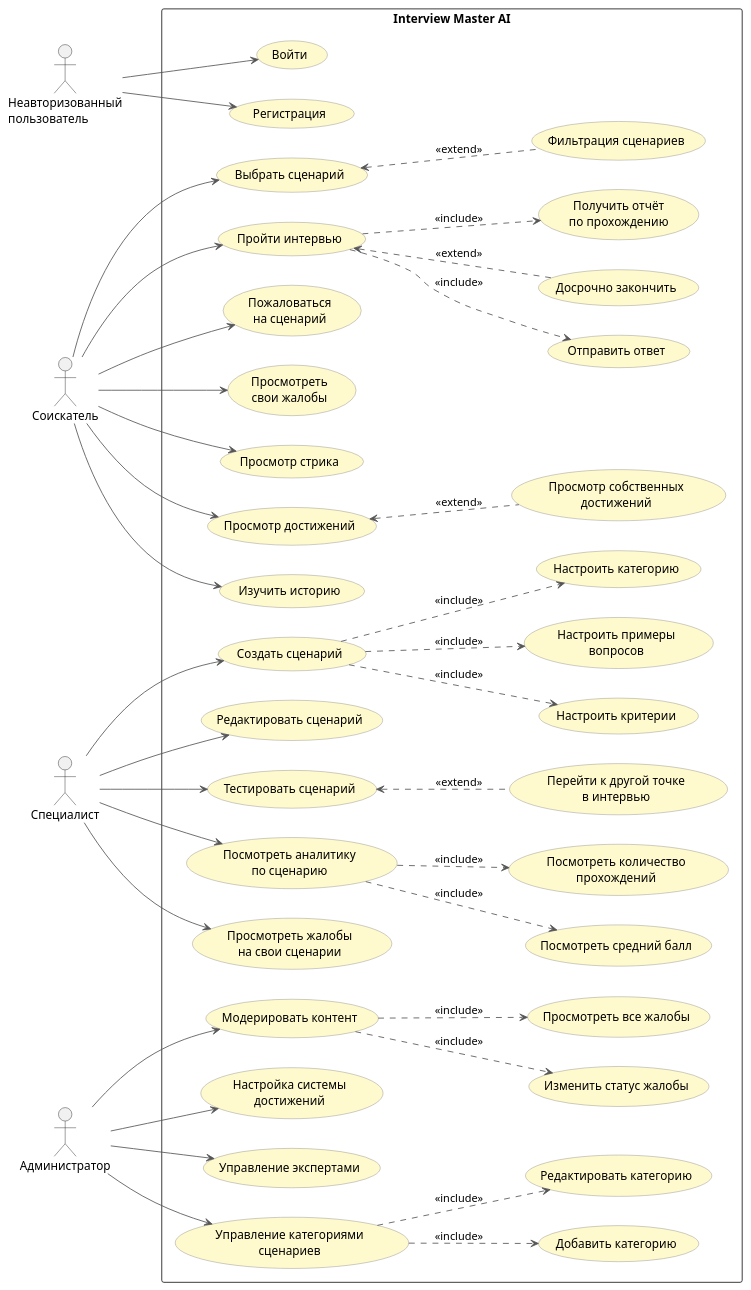
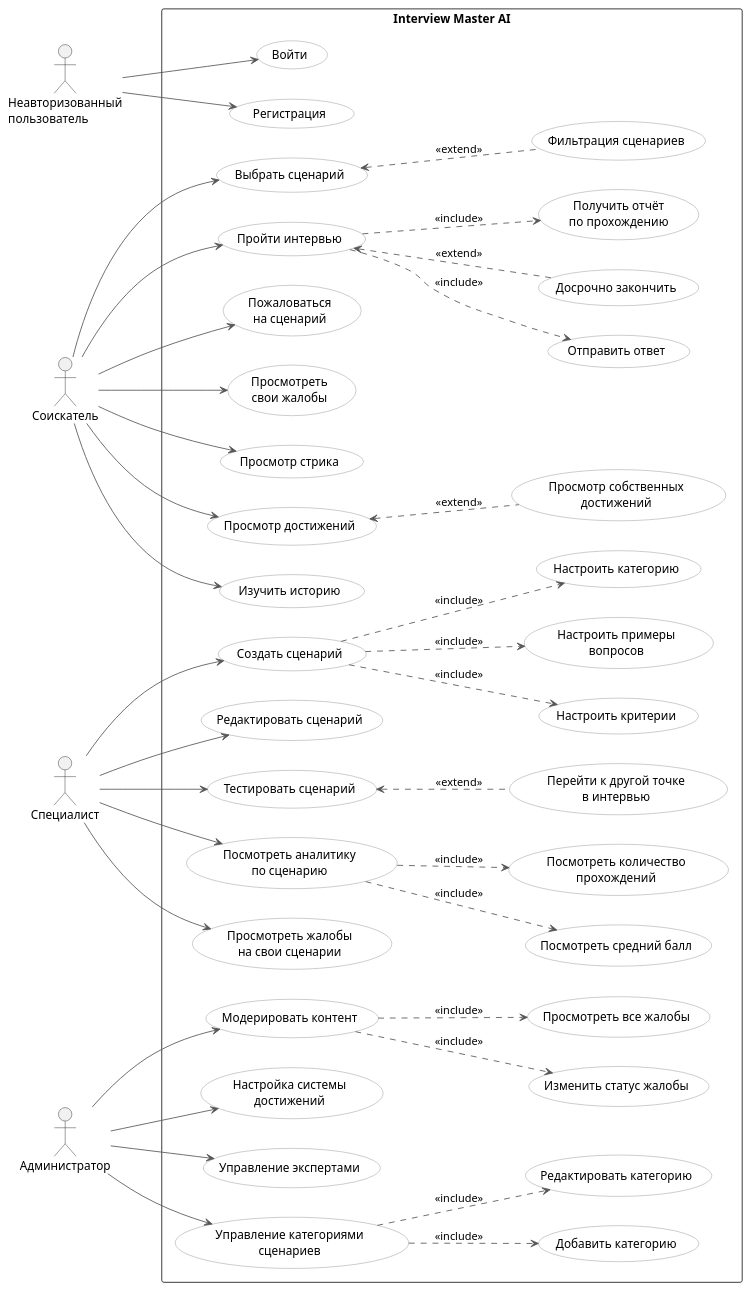
Before and after one commit to nifle3/diplom_work: the diagram in docs/useCase/useCase.puml, drawn with PlantUML. The commit also changed 11 other files, not shown here.

```diff
--- a/docs/useCase/useCase.puml
+++ b/docs/useCase/useCase.puml
@@ -1,125 +1,114 @@
 @startuml InterviewMasterAI_UseCase
 
 left to right direction
 skinparam packageStyle rectangle
 skinparam usecase {
-  BackgroundColor #FFFACD
+  BackgroundColor white
   BorderColor #888888
   ArrowColor #555555
   ActorBorderColor #333333
   ActorBackgroundColor #DDEEFF
 }
 
-' ── Левая сторона ─────────────────────────────────────────────────────
 actor "Неавторизованный\nпользователь" as Guest
 actor "Соискатель" as Applicant
+actor "Специалист" as Expert
+actor "Администратор" as Admin
 
 rectangle "Interview Master AI" {
 
-  ' ── Неавторизованный пользователь ────────────────────────────────────
   usecase "Войти" as UC_Login
   usecase "Регистрация" as UC_Register
 
-  ' ── Соискатель ────────────────────────────────────────────────────────
   usecase "Выбрать сценарий" as UC_ChooseScript
   usecase "Фильтрация сценариев" as UC_FilterScripts
 
   usecase "Пройти интервью" as UC_TakeInterview
   usecase "Отправить ответ" as UC_SendAnswer
   usecase "Досрочно закончить" as UC_EarlyFinish
   usecase "Получить отчёт\nпо прохождению" as UC_GetReport
 
   usecase "Пожаловаться\nна сценарий" as UC_CreateReport
   usecase "Просмотреть\nсвои жалобы" as UC_MyReports
 
   usecase "Просмотр стрика" as UC_Streak
   usecase "Просмотр достижений" as UC_Achievements
   usecase "Просмотр собственных\nдостижений" as UC_OwnAchievements
 
   usecase "Изучить историю" as UC_History
 
-  ' ── Специалист ────────────────────────────────────────────────────────
   usecase "Создать сценарий" as UC_CreateScript
   usecase "Настроить критерии" as UC_SetCriteria
   usecase "Настроить примеры\nвопросов" as UC_SetQuestions
   usecase "Настроить категорию" as UC_SetCategory
 
   usecase "Редактировать сценарий" as UC_EditScript
 
   usecase "Тестировать сценарий" as UC_TestScript
   usecase "Перейти к другой точке\nв интервью" as UC_JumpToPoint
 
   usecase "Посмотреть аналитику\nпо сценарию" as UC_Analytics
   usecase "Посмотреть средний балл" as UC_AvgScore
   usecase "Посмотреть количество\nпрохождений" as UC_PassCount
 
   usecase "Просмотреть жалобы\nна свои сценарии" as UC_ExpertReports
 
-  ' ── Администратор ─────────────────────────────────────────────────────
   usecase "Модерировать контент" as UC_Moderate
   usecase "Изменить статус жалобы" as UC_ChangeReportStatus
   usecase "Просмотреть все жалобы" as UC_AdminReports
 
   usecase "Настройка системы\nдостижений" as UC_AchievementsAdmin
   usecase "Управление экспертами" as UC_ManageExperts
 
   usecase "Управление категориями\nсценариев" as UC_ManageCategories
   usecase "Добавить категорию" as UC_AddCategory
   usecase "Редактировать категорию" as UC_EditCategory
 }
 
-' ── Правая сторона ────────────────────────────────────────────────────
-actor "Специалист" as Expert
-actor "Администратор" as Admin
-
-' ── Связи: Неавторизованный пользователь ──────────────────────────────
 Guest --> UC_Login
 Guest --> UC_Register
 
-' ── Связи: Соискатель ─────────────────────────────────────────────────
 Applicant --> UC_ChooseScript
 UC_ChooseScript <.. UC_FilterScripts : <<extend>>
 
 Applicant --> UC_TakeInterview
 UC_TakeInterview ..> UC_SendAnswer    : <<include>>
 UC_TakeInterview <.. UC_EarlyFinish   : <<extend>>
 UC_TakeInterview ..> UC_GetReport     : <<include>>
 
 Applicant --> UC_CreateReport
 Applicant --> UC_MyReports
 
 Applicant --> UC_Streak
 Applicant --> UC_Achievements
 UC_Achievements <.. UC_OwnAchievements : <<extend>>
 
 Applicant --> UC_History
 
-' ── Связи: Специалист ─────────────────────────────────────────────────
 Expert --> UC_CreateScript
 UC_CreateScript ..> UC_SetCriteria   : <<include>>
 UC_CreateScript ..> UC_SetQuestions  : <<include>>
 UC_CreateScript ..> UC_SetCategory   : <<include>>
 
 Expert --> UC_EditScript
 
 Expert --> UC_TestScript
 UC_TestScript <.. UC_JumpToPoint : <<extend>>
 
 Expert --> UC_Analytics
 UC_Analytics ..> UC_AvgScore    : <<include>>
 UC_Analytics ..> UC_PassCount   : <<include>>
 
 Expert --> UC_ExpertReports
 
-' ── Связи: Администратор ──────────────────────────────────────────────
 Admin --> UC_Moderate
 UC_Moderate ..> UC_AdminReports       : <<include>>
 UC_Moderate ..> UC_ChangeReportStatus : <<include>>
 
 Admin --> UC_AchievementsAdmin
 Admin --> UC_ManageExperts
 Admin --> UC_ManageCategories
 UC_ManageCategories ..> UC_AddCategory    : <<include>>
 UC_ManageCategories ..> UC_EditCategory   : <<include>>
 
 @enduml
```
